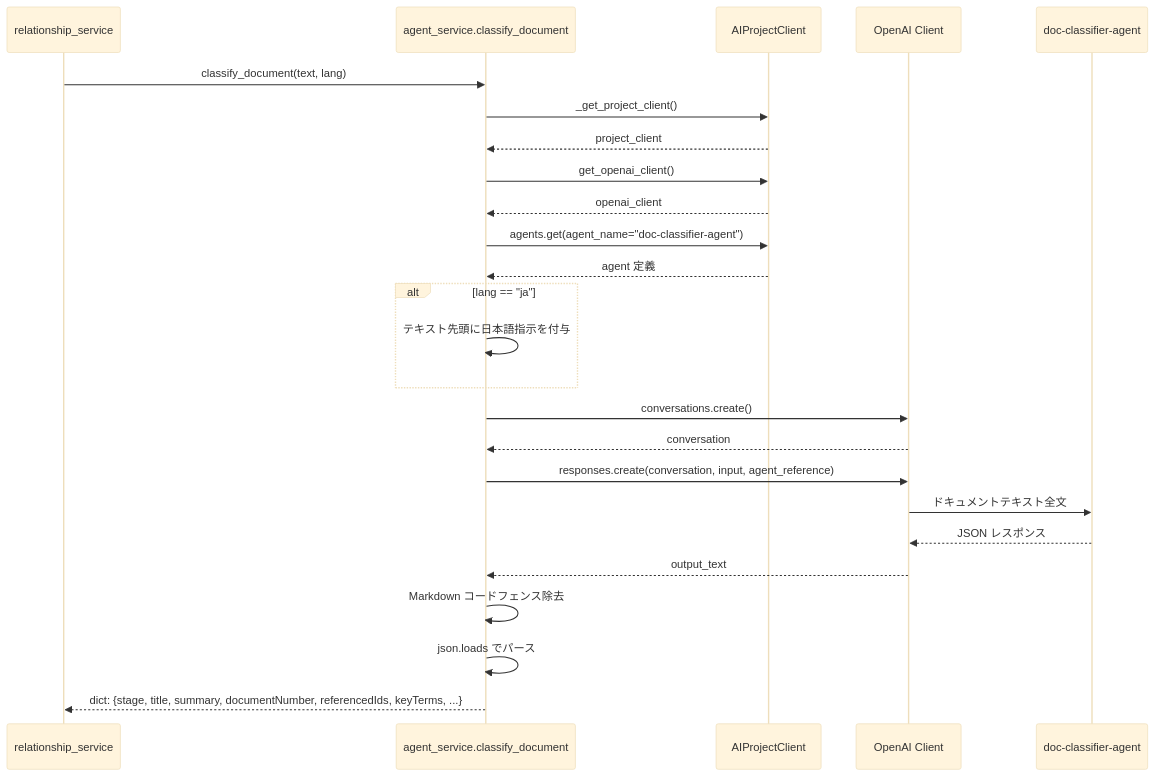
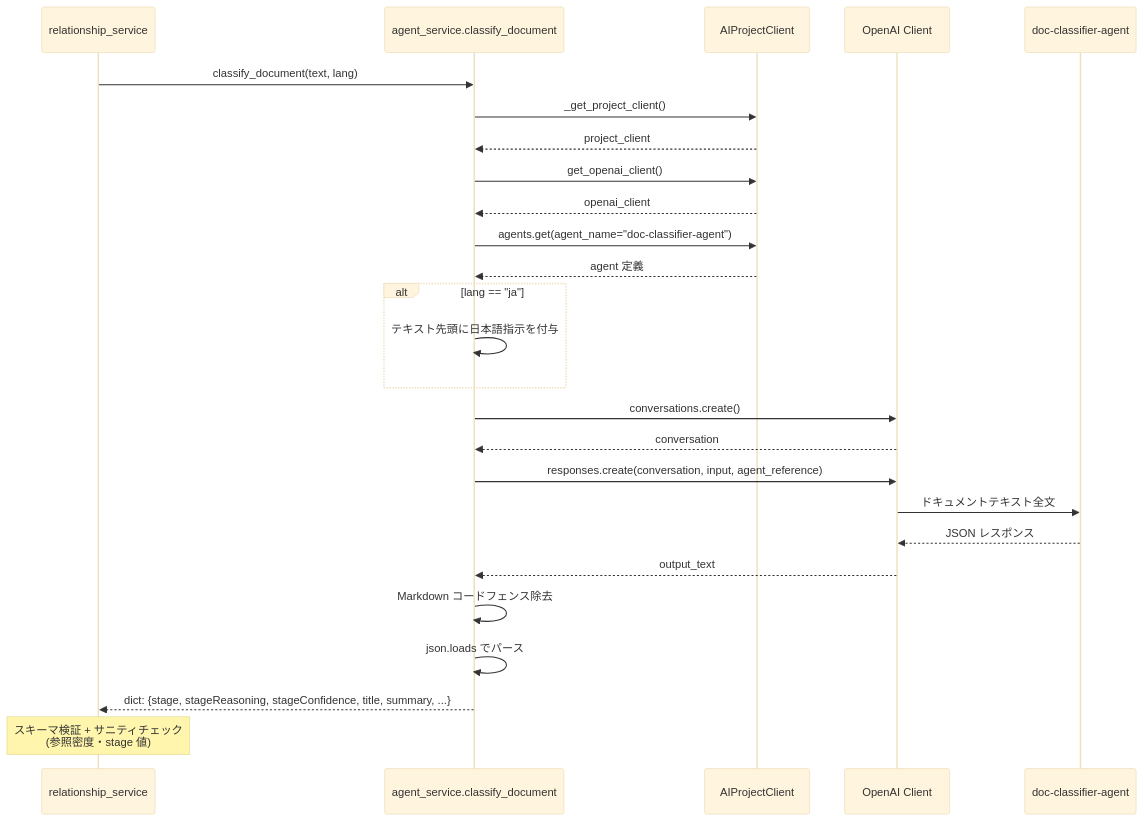
One commit to hatasaki/Manufacturing-Intelligent-Document-Management changed the fourth of 16 diagrams in docs/RELATIONSHIP_SPEC.md. Above: the diagram before and after it, drawn with Mermaid (base theme). The commit also changed other lines of this file and 6 other files, not shown here.

````diff
--- a/docs/RELATIONSHIP_SPEC.md
+++ b/docs/RELATIONSHIP_SPEC.md
@@ -325,34 +319,36 @@
 ```mermaid
 sequenceDiagram
     participant RS as relationship_service
     participant AS as agent_service.classify_document
     participant PC as AIProjectClient
     participant OAI as OpenAI Client
     participant Agent as doc-classifier-agent
 
     RS->>AS: classify_document(text, lang)
 
     AS->>PC: _get_project_client()
     PC-->>AS: project_client
     AS->>PC: get_openai_client()
     PC-->>AS: openai_client
 
     AS->>PC: agents.get(agent_name="doc-classifier-agent")
     PC-->>AS: agent 定義
 
     alt lang == "ja"
         AS->>AS: テキスト先頭に日本語指示を付与
     end
 
     AS->>OAI: conversations.create()
     OAI-->>AS: conversation
 
     AS->>OAI: responses.create(conversation, input, agent_reference)
     OAI->>Agent: ドキュメントテキスト全文
     Agent-->>OAI: JSON レスポンス
 
     OAI-->>AS: output_text
     AS->>AS: Markdown コードフェンス除去
     AS->>AS: json.loads でパース
-    AS-->>RS: dict: {stage, title, summary, documentNumber, referencedIds, keyTerms, ...}
+    AS-->>RS: dict: {stage, stageReasoning, stageConfidence, title, summary, ...}
+
+    Note over RS: スキーマ検証 + サニティチェック<br/>(参照密度・stage 値)
 ```
````
